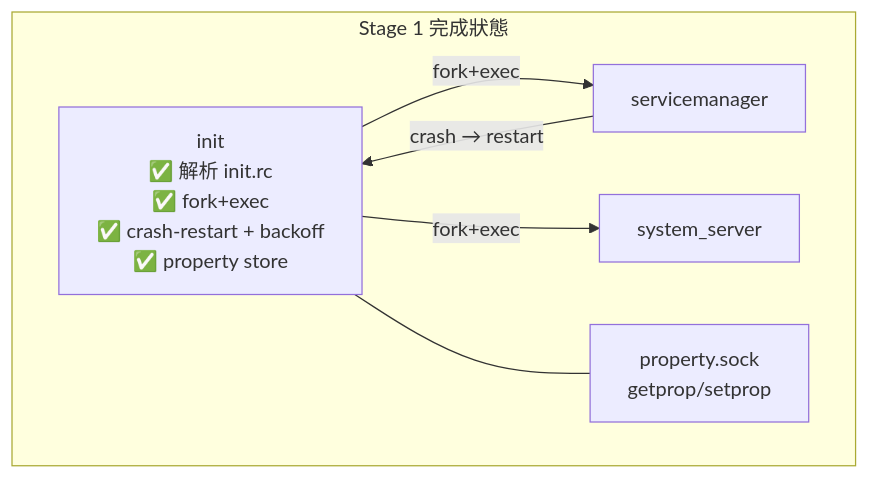
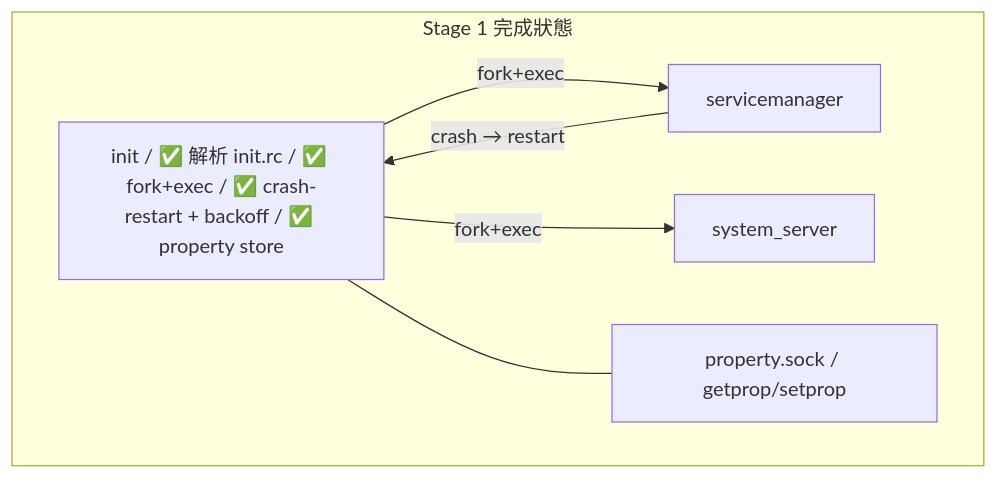
The sixth of 26 diagrams in docs/learning-guide.md (Owen771/mini-AOSP), drawn with Mermaid before and after one commit. The commit also changed other lines of this file and 34 other files, not shown here.

````diff
--- a/docs/learning-guide.md
+++ b/docs/learning-guide.md
@@ -644,15 +654,15 @@
 ```mermaid
 graph TB
-    subgraph "Stage 1 完成狀態"
-        INIT["init<br/>✅ 解析 init.rc<br/>✅ fork+exec<br/>✅ crash-restart + backoff<br/>✅ property store"]
-        SM["servicemanager"]
-        SS["system_server"]
-        PROP["property.sock<br/>getprop/setprop"]
-    end
+ subgraph "Stage 1 完成狀態"
+ INIT["init / ✅ 解析 init.rc / ✅ fork+exec / ✅ crash-restart + backoff / ✅ property store"]
+ SM["servicemanager"]
+ SS["system_server"]
+ PROP["property.sock / getprop/setprop"]
+ end
 
-    INIT -->|"fork+exec"| SM
-    INIT -->|"fork+exec"| SS
-    INIT --- PROP
+ INIT -->|"fork+exec"| SM
+ INIT -->|"fork+exec"| SS
+ INIT --- PROP
 
-    SM -->|"crash → restart"| INIT
+ SM -->|"crash → restart"| INIT
 ```
````
